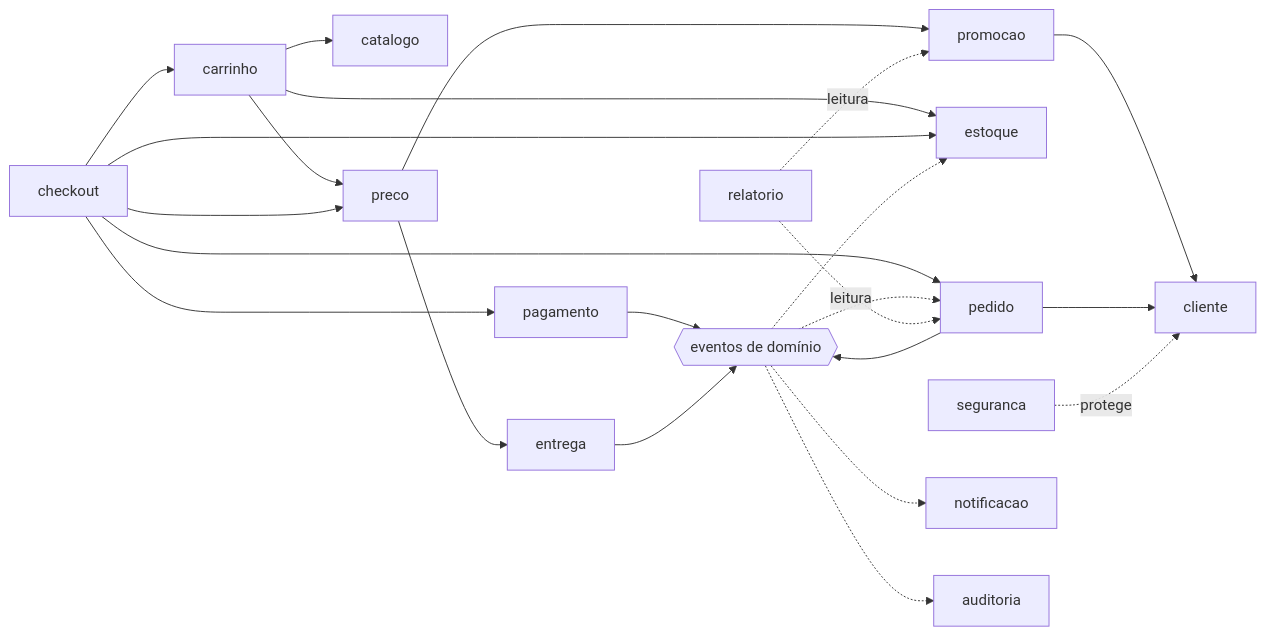
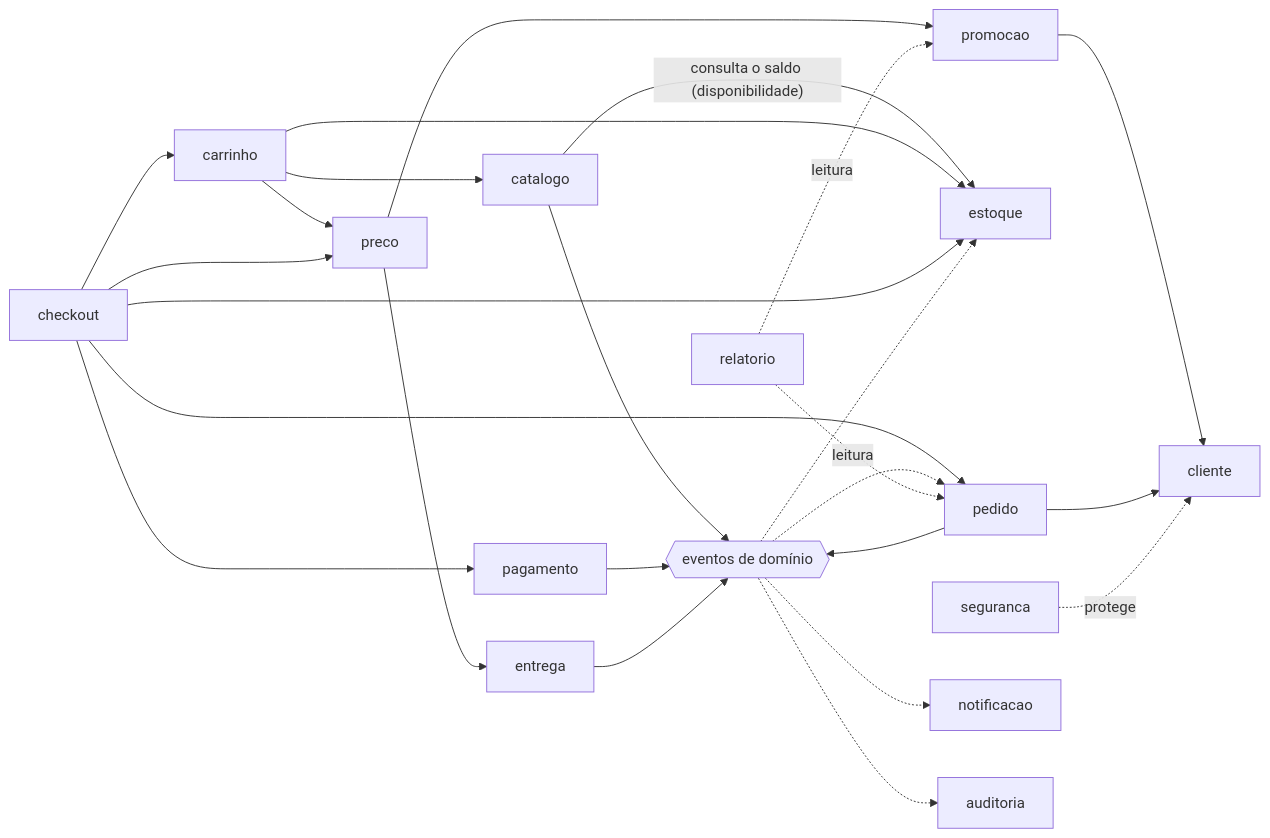
One commit to arthurnicolucci1912/sistema-ecommerce-promocoes-avancadas changed the second of 3 diagrams in docs/03-arquitetura.md. Above: the diagram before and after it, drawn with Mermaid. The commit also changed other lines of this file and 16 other files, not shown here.

Commit message:
docs(catalogo): documentação de catálogo, estoque, Composite e Observer; divisão real no board

````diff
--- a/docs/03-arquitetura.md
+++ b/docs/03-arquitetura.md
@@ -112,44 +121,46 @@
 ```mermaid
 flowchart LR
     seguranca["seguranca"]
     cliente["cliente"]
     catalogo["catalogo"]
     estoque["estoque"]
     carrinho["carrinho"]
     preco["preco"]
     promocao["promocao"]
     entrega["entrega"]
     checkout["checkout"]
     pedido["pedido"]
     pagamento["pagamento"]
     notificacao["notificacao"]
     auditoria["auditoria"]
     relatorio["relatorio"]
     eventos{{"eventos de domínio"}}
 
+    catalogo -->|"consulta o saldo (disponibilidade)"| estoque
+    catalogo --> eventos
     carrinho --> catalogo
     carrinho --> estoque
     carrinho --> preco
     preco --> promocao
     preco --> entrega
     promocao --> cliente
 
     checkout --> carrinho
     checkout --> preco
     checkout --> estoque
     checkout --> pedido
     pedido --> cliente
     checkout --> pagamento
 
     pedido --> eventos
     pagamento --> eventos
     entrega --> eventos
     eventos -.-> pedido
     eventos -.-> estoque
     eventos -.-> notificacao
     eventos -.-> auditoria
 
     relatorio -.->|leitura| pedido
     relatorio -.->|leitura| promocao
     seguranca -.->|protege| cliente
 ```
````
